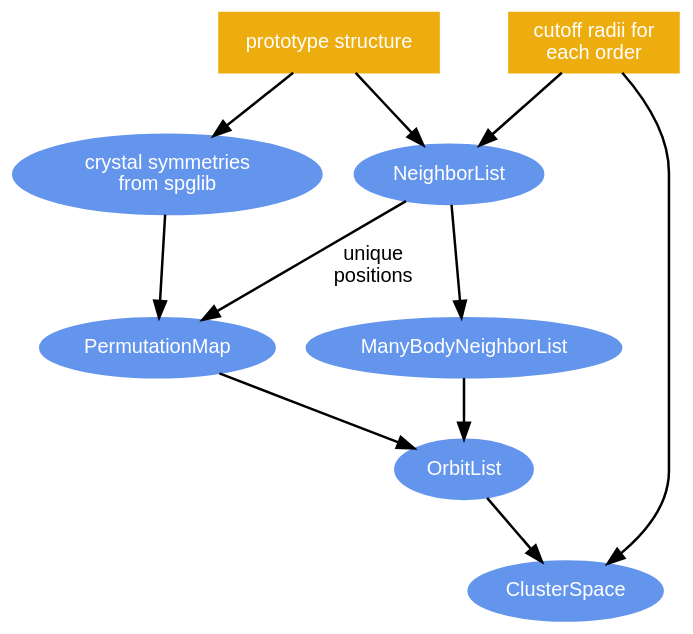
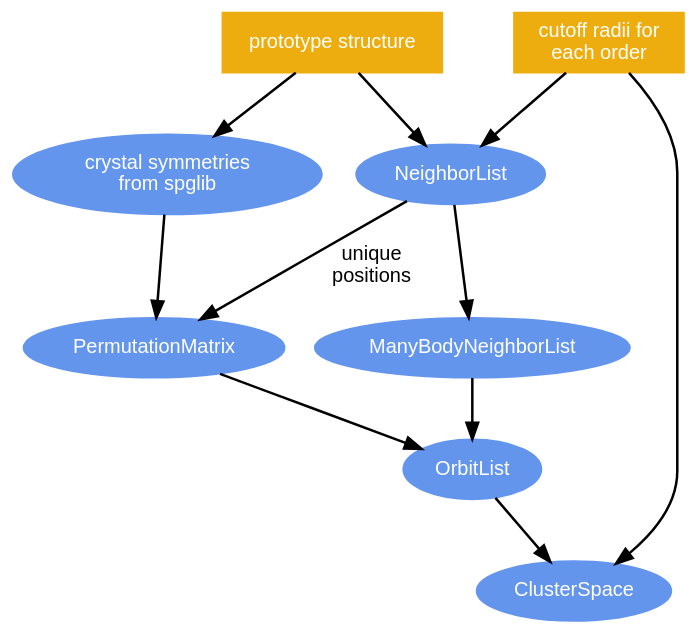
Before and after one commit to manishrana7/icet-manish: the diagram in doc/userguide/source/_static/cluster_space.dot, drawn with Graphviz. The commit also changed 10 other files, not shown here.

Commit message:
Resolve "The documentation has yet to incorporate modifications of OrbitList and permuation maps"

```diff
--- a/doc/userguide/source/_static/cluster_space.dot
+++ b/doc/userguide/source/_static/cluster_space.dot
@@ -1,56 +1,56 @@
 # dot -Tsvg cluster_space.dot -o cluster_space.svg
 
 digraph g {
 
   graph [ fontname = "helvetica",
           fontsize = 12.0,
           rankdir = "TB",
           bgcolor = "transparent" ];
 
   edge [ fontname = "helvetica",
          fontsize = 12.0,
          penwidth = 1.5 ]
 
   node [ fontname = "helvetica",
          fontsize = 12.0,
          fontcolor=white,
          shape="ellipse",
          color=cornflowerblue,
          style=filled];
 
   Prototype [ color=darkgoldenrod2,
               label="prototype structure",
               shape=box];
   Cutoffs [ color=darkgoldenrod2,
             label="cutoff radii for\neach order",
             shape=box];
 
   Symmetries [ href="https://atztogo.github.io/spglib/",
                label="crystal symmetries\nfrom spglib"];
   NeighborList [ href="../coreref/neighbor_list.html#icet.NeighborList",
                  target="_top" ];
-  PermutationMap [ href="../coreref/permutation_map.html#icet.PermutationMap",
+  PermutationMatrix [ href="../coreref/permutation_matrix.html#icet.PermutationMatrix",
                   target="_top" ];
   ManyBodyNeighborList [ href="../coreref/many_body_neighbor_list.html#icet.ManyBodyNeighborList",
                          target="_top" ];
   OrbitList [ href="../coreref/orbit_list.html#icet.ManyBodyNeighborList",
               target="_top" ];
   ClusterSpace [ href="../coreref/cluster_space.html#icet.ClusterSpace",
                  target="_top" ];
 
   Prototype -> NeighborList;
   Cutoffs -> NeighborList;
 
   Prototype -> Symmetries;
 
-  Symmetries -> PermutationMap;
-  NeighborList -> PermutationMap [label="unique\npositions"];
+  Symmetries -> PermutationMatrix;
+  NeighborList -> PermutationMatrix [label="unique\npositions"];
 
   NeighborList -> ManyBodyNeighborList;
 
-  PermutationMap -> OrbitList;
+  PermutationMatrix -> OrbitList;
   ManyBodyNeighborList -> OrbitList;
 
   OrbitList -> ClusterSpace;
   Cutoffs -> ClusterSpace;
 }
```
